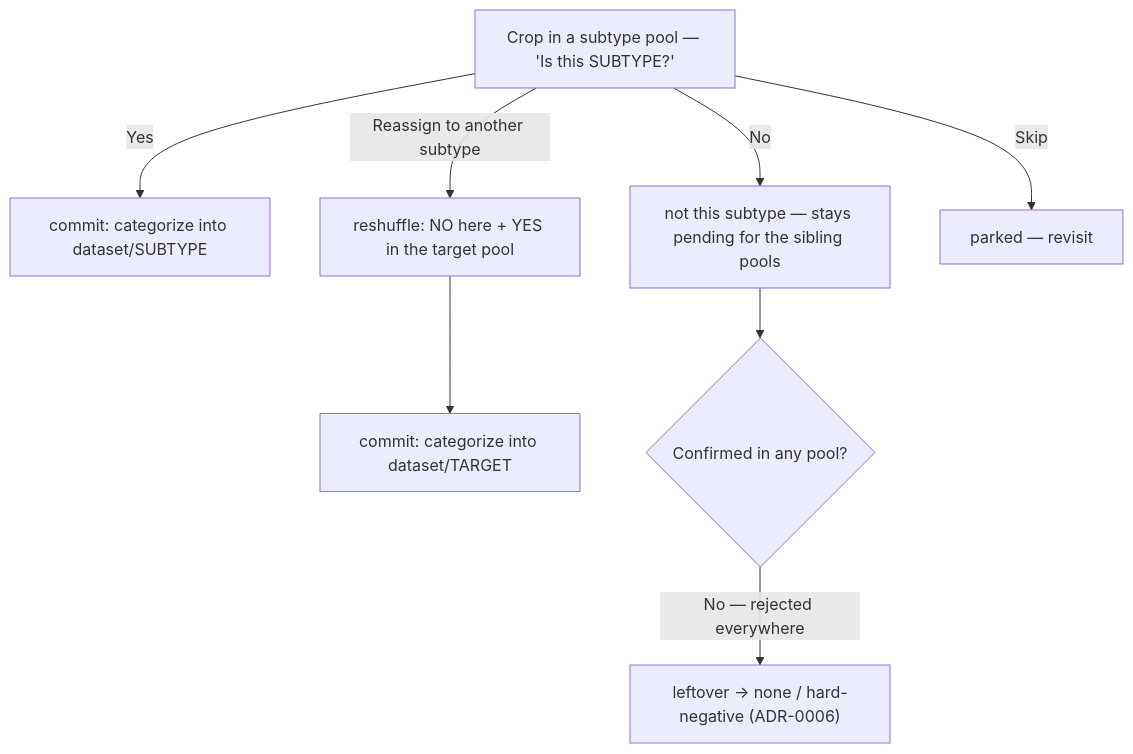
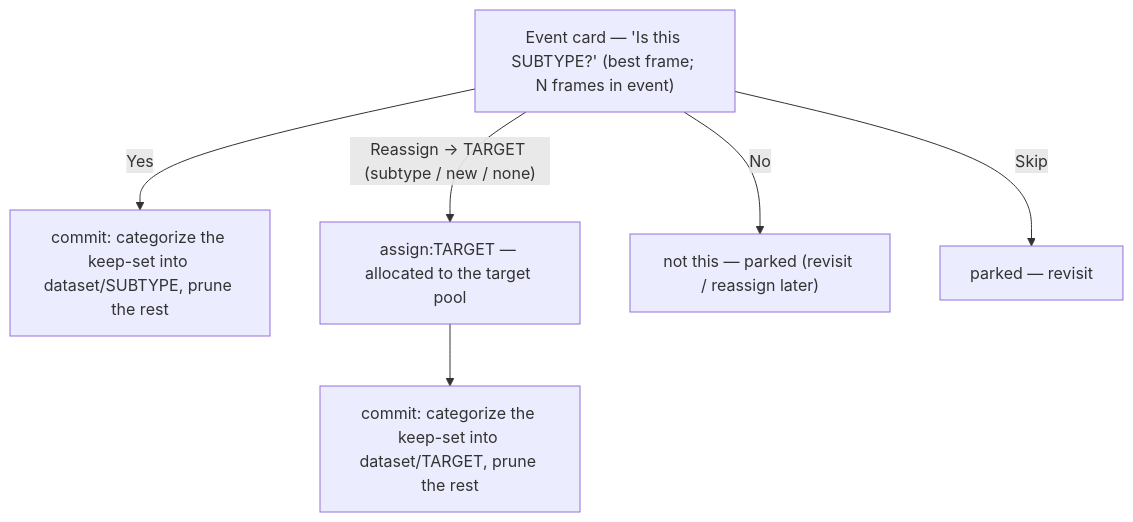
Before and after one commit to csmarshall/winnow: the second of 3 diagrams in docs/flows.md, drawn with Mermaid. The commit also changed other lines of this file and 24 other files, not shown here.

````diff
--- a/docs/flows.md
+++ b/docs/flows.md
@@ -21,11 +24,9 @@
 ```mermaid
 flowchart TD
-  C["Crop in a subtype pool — 'Is this SUBTYPE?'"]
-  C -->|Yes| TY["commit: categorize into dataset/SUBTYPE"]
-  C -->|Reassign to another subtype| RESH["reshuffle: NO here + YES in the target pool"]
-  RESH --> TT["commit: categorize into dataset/TARGET"]
-  C -->|No| DEFER["not this subtype — stays pending for the sibling pools"]
-  DEFER --> LEFT{Confirmed in any pool?}
-  LEFT -->|"No — rejected everywhere"| NONE["leftover → none / hard-negative (ADR-0006)"]
-  C -->|Skip| PARK["parked — revisit"]
+  C["Event card — 'Is this SUBTYPE?' (best frame; N frames in event)"]
+  C -->|Yes| KEEP["commit: categorize the keep-set into dataset/SUBTYPE, prune the rest"]
+  C -->|"Reassign → TARGET (subtype / new / none)"| RA["assign:TARGET — allocated to the target pool"]
+  RA --> KEEP2["commit: categorize the keep-set into dataset/TARGET, prune the rest"]
+  C -->|No| PARK["not this — parked (revisit / reassign later)"]
+  C -->|Skip| SKIP["parked — revisit"]
 ```
````
